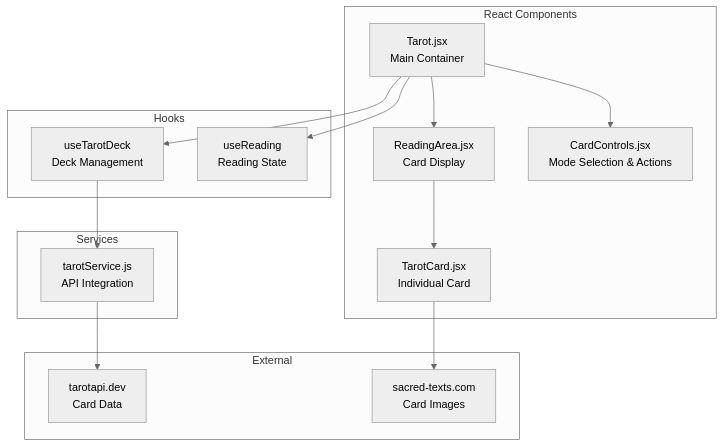
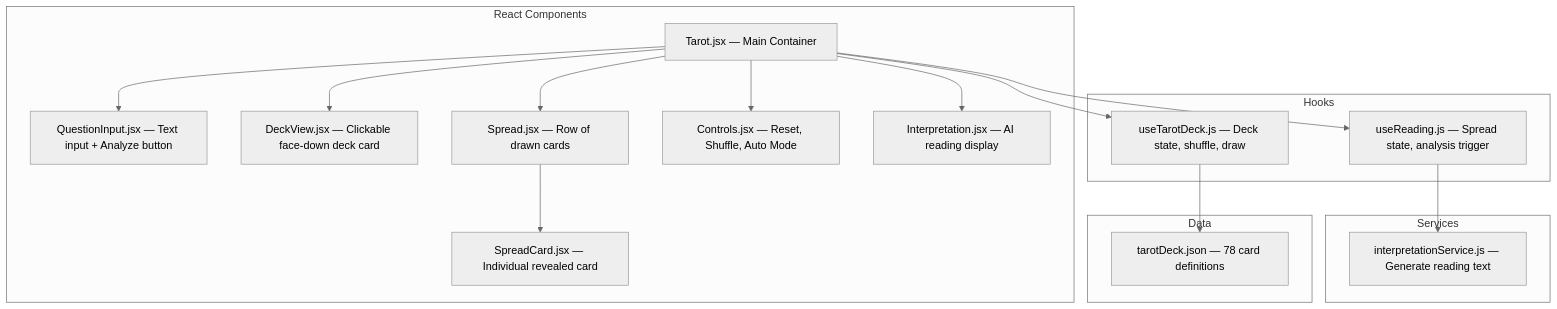
One commit to aliawilkinson/react-portfolio-2023 changed the diagram in .kiro/specs/tarot-app/design.md. Above: the diagram before and after it, drawn with Mermaid (neutral theme). The commit also changed other lines of this file and 32 other files, not shown here.

````diff
--- a/.kiro/specs/tarot-app/design.md
+++ b/.kiro/specs/tarot-app/design.md
@@ -11,32 +17,36 @@
 ```mermaid
 graph TB
     subgraph "React Components"
-        Tarot[Tarot.jsx<br/>Main Container]
-        ReadingArea[ReadingArea.jsx<br/>Card Display]
-        TarotCard[TarotCard.jsx<br/>Individual Card]
-        CardControls[CardControls.jsx<br/>Mode Selection & Actions]
+        Tarot[Tarot.jsx — Main Container]
+        QuestionInput[QuestionInput.jsx — Text input + Analyze button]
+        DeckView[DeckView.jsx — Clickable face-down deck card]
+        Spread[Spread.jsx — Row of drawn cards]
+        SpreadCard[SpreadCard.jsx — Individual revealed card]
+        Controls[Controls.jsx — Reset, Shuffle, Auto Mode]
+        Interpretation[Interpretation.jsx — AI reading display]
     end
-    
+
     subgraph "Hooks"
-        useTarotDeck[useTarotDeck<br/>Deck Management]
-        useReading[useReading<br/>Reading State]
+        useTarotDeck[useTarotDeck.js — Deck state, shuffle, draw]
+        useReading[useReading.js — Spread state, analysis trigger]
     end
-    
+
     subgraph "Services"
-        TarotService[tarotService.js<br/>API Integration]
+        interpretationService[interpretationService.js — Generate reading text]
     end
-    
-    subgraph "External"
-        TarotAPI[tarotapi.dev<br/>Card Data]
-        ImageSource[sacred-texts.com<br/>Card Images]
+
+    subgraph "Data"
+        tarotDeck[tarotDeck.json — 78 card definitions]
     end
-    
-    Tarot --> ReadingArea
-    Tarot --> CardControls
-    ReadingArea --> TarotCard
+
+    Tarot --> QuestionInput
+    Tarot --> DeckView
+    Tarot --> Spread
+    Tarot --> Controls
+    Tarot --> Interpretation
+    Spread --> SpreadCard
     Tarot --> useTarotDeck
     Tarot --> useReading
-    useTarotDeck --> TarotService
-    TarotService --> TarotAPI
-    TarotCard --> ImageSource
+    useReading --> interpretationService
+    useTarotDeck --> tarotDeck
 ```
````
